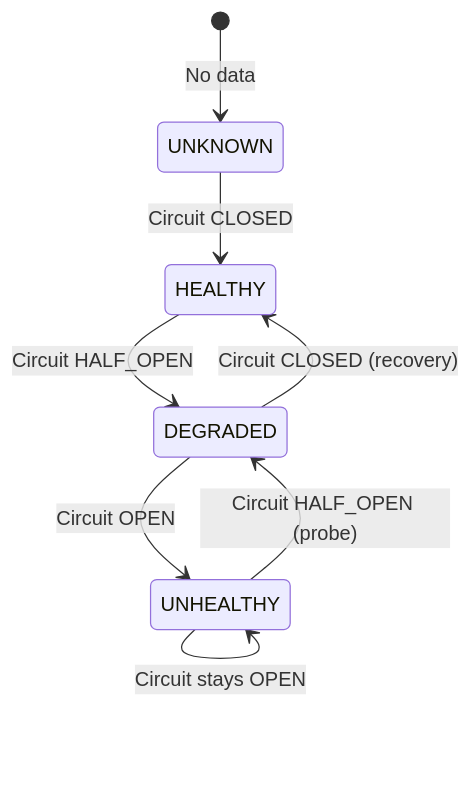
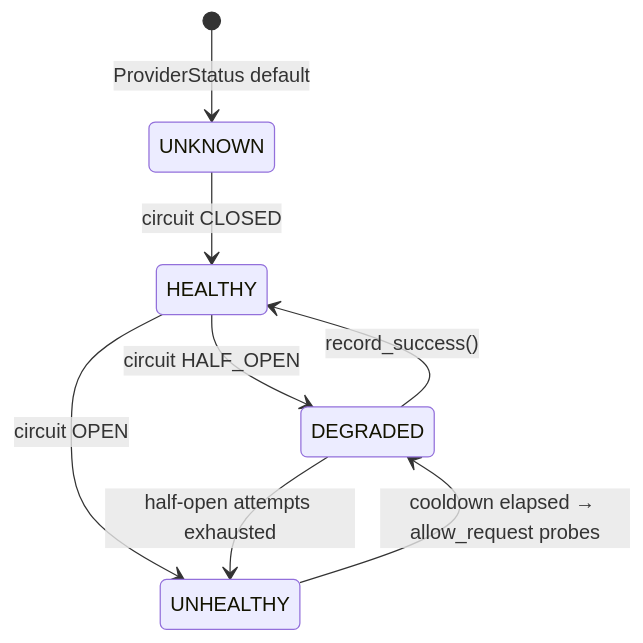
One commit to masrizram/aura changed the diagram in docs/state/provider-state.md. Above: the diagram before and after it, drawn with Mermaid. The commit also changed other lines of this file and 62 other files, not shown here.

First line of the commit message:
docs: blind documentation rebuild + final architecture audit

````diff
--- a/docs/state/provider-state.md
+++ b/docs/state/provider-state.md
@@ -72,10 +7,10 @@
 ```mermaid
 stateDiagram-v2
-    [*] --> UNKNOWN: No data
-    UNKNOWN --> HEALTHY: Circuit CLOSED
-    HEALTHY --> DEGRADED: Circuit HALF_OPEN
-    DEGRADED --> HEALTHY: Circuit CLOSED (recovery)
-    DEGRADED --> UNHEALTHY: Circuit OPEN
-    UNHEALTHY --> DEGRADED: Circuit HALF_OPEN (probe)
-    UNHEALTHY --> UNHEALTHY: Circuit stays OPEN
+    [*] --> UNKNOWN : ProviderStatus default
+    UNKNOWN --> HEALTHY : circuit CLOSED
+    HEALTHY --> DEGRADED : circuit HALF_OPEN
+    HEALTHY --> UNHEALTHY : circuit OPEN
+    DEGRADED --> HEALTHY : record_success()
+    DEGRADED --> UNHEALTHY : half-open attempts exhausted
+    UNHEALTHY --> DEGRADED : cooldown elapsed → allow_request probes
 ```
````
